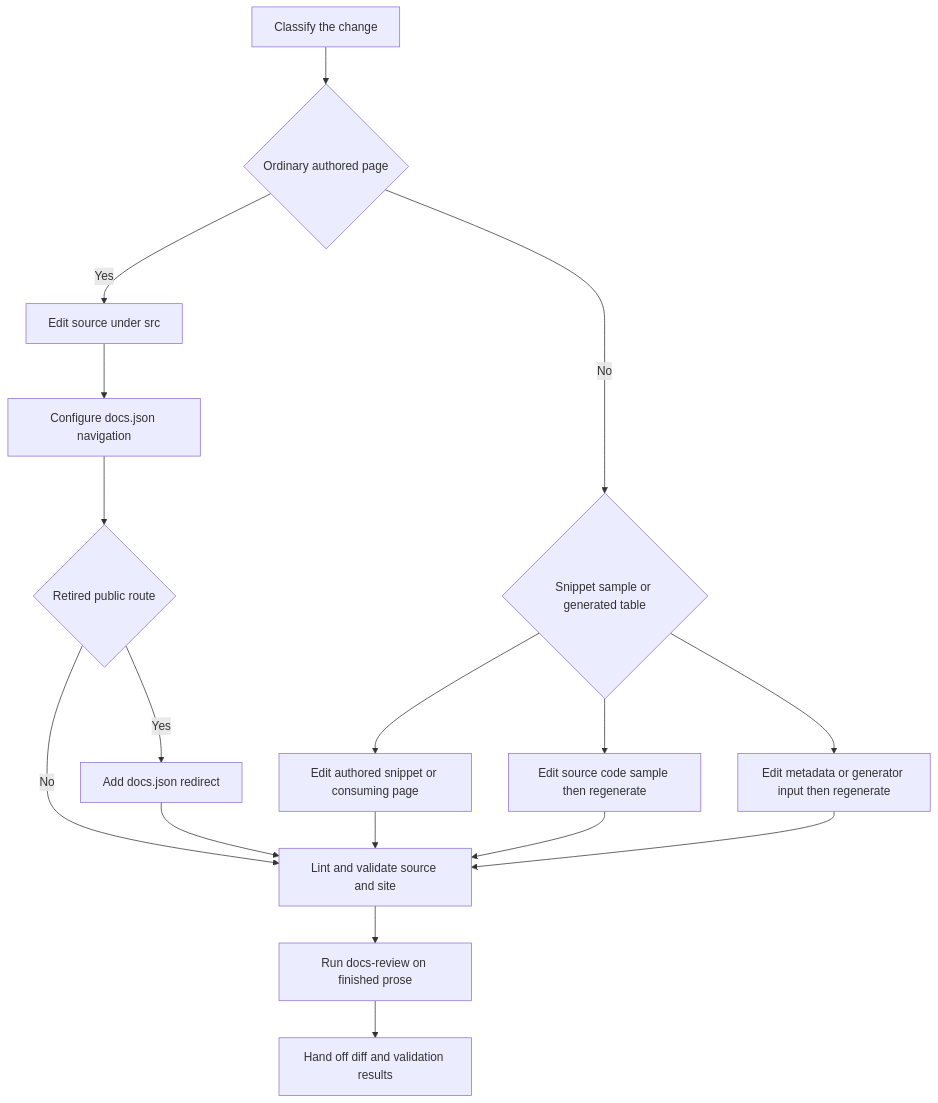
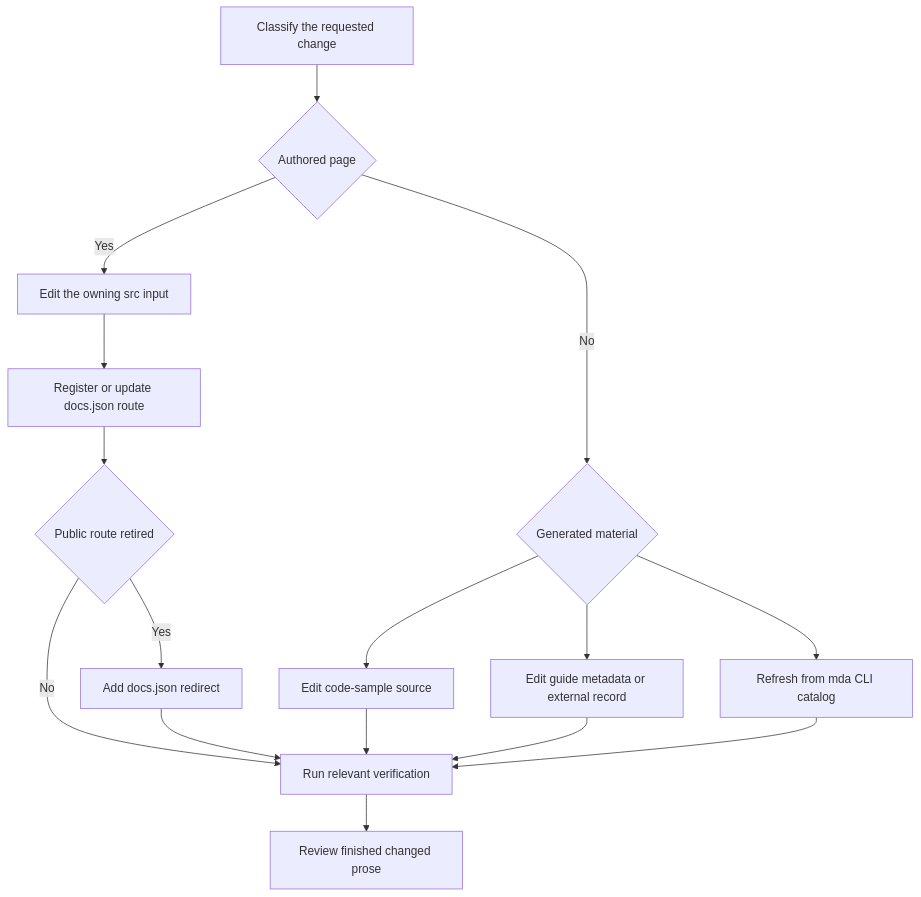
The diagram in openwiki/operations/adding-pages.md (langchain-ai/docs), drawn with Mermaid before and after one commit. The commit also changed other lines of this file and 20 other files, not shown here.

````diff
--- a/openwiki/operations/adding-pages.md
+++ b/openwiki/operations/adding-pages.md
@@ -53,19 +49,18 @@
 ```mermaid
 flowchart TD
-    Start["Classify the change"] --> Ordinary{"Ordinary authored page"}
-    Ordinary -->|"Yes"| Page["Edit source under src"]
-    Page --> Nav["Configure docs.json navigation"]
-    Nav --> Retired{"Retired public route"}
+    Classify["Classify the requested change"] --> Authored{"Authored page"}
+    Authored -->|"Yes"| Source["Edit the owning src input"]
+    Source --> Navigation["Register or update docs.json route"]
+    Navigation --> Retired{"Public route retired"}
     Retired -->|"Yes"| Redirect["Add docs.json redirect"]
-    Retired -->|"No"| Validate["Lint and validate source and site"]
-    Redirect --> Validate
-    Ordinary -->|"No"| Owner{"Snippet sample or generated table"}
-    Owner --> Snippet["Edit authored snippet or consuming page"]
-    Owner --> Sample["Edit source code sample then regenerate"]
-    Owner --> Table["Edit metadata or generator input then regenerate"]
-    Snippet --> Validate
-    Sample --> Validate
-    Table --> Validate
-    Validate --> Review["Run docs-review on finished prose"]
-    Review --> Handoff["Hand off diff and validation results"]
+    Retired -->|"No"| Verify["Run relevant verification"]
+    Redirect --> Verify
+    Authored -->|"No"| Generated{"Generated material"}
+    Generated --> Sample["Edit code-sample source"]
+    Generated --> Integration["Edit guide metadata or external record"]
+    Generated --> Catalog["Refresh from mda CLI catalog"]
+    Sample --> Verify
+    Integration --> Verify
+    Catalog --> Verify
+    Verify --> Review["Review finished changed prose"]
 ```
````
